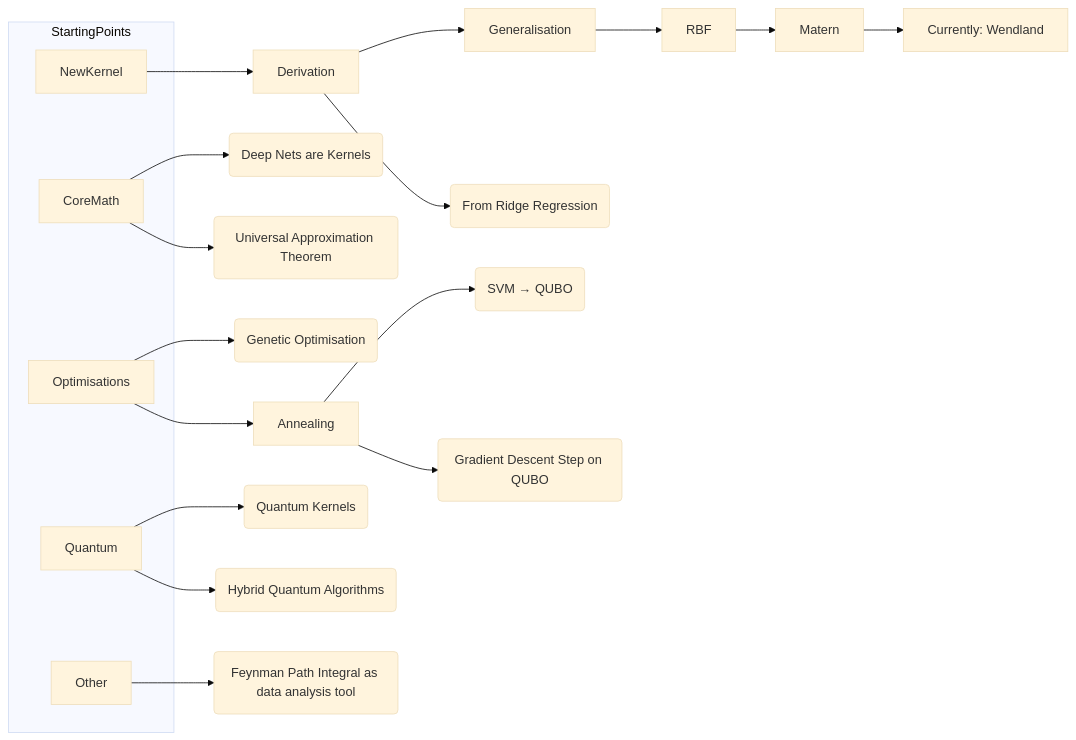
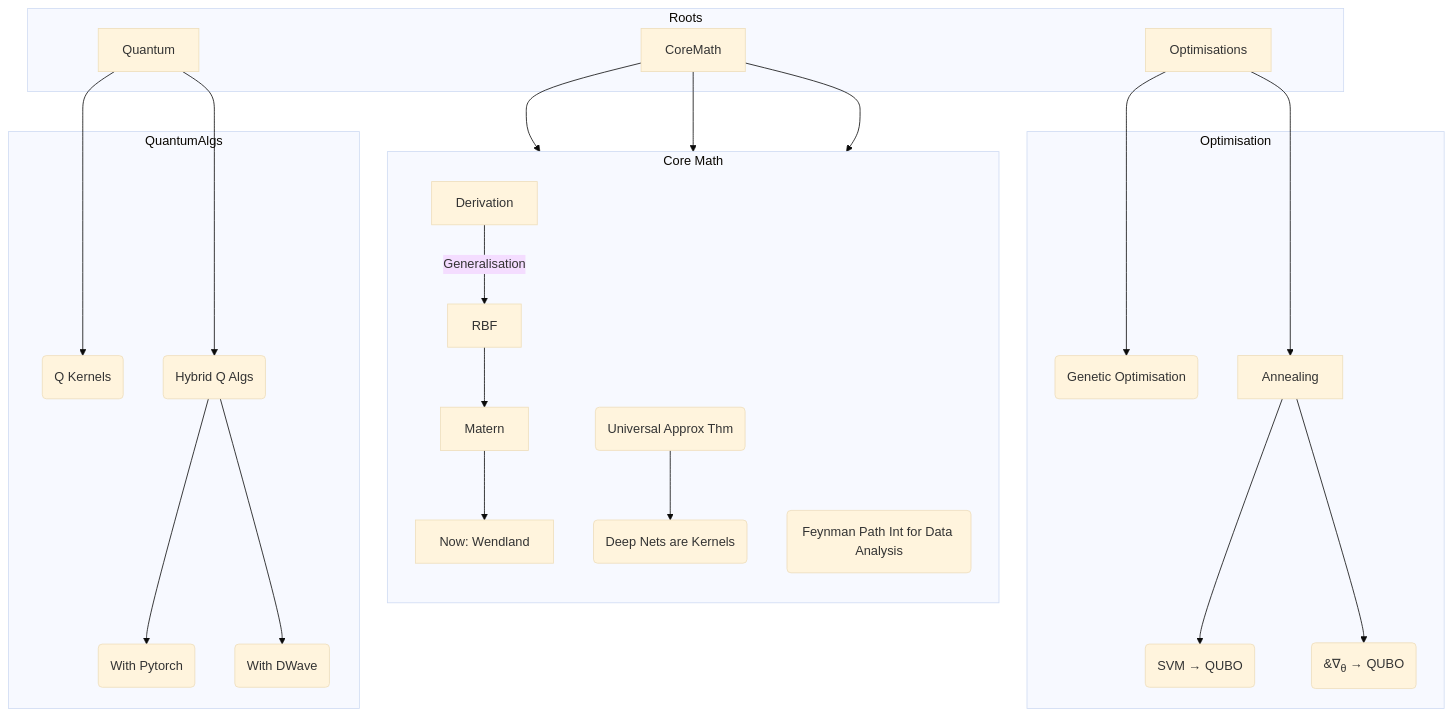
The diagram in src/routes/timeline/assets/timeline.mmd (plutoniumm/QKerns), drawn with Mermaid (base theme) before and after one commit. The commit also changed 3 other files, not shown here.

Commit message:
Upd Timeline + Speed is of essence

```diff
--- a/src/routes/timeline/assets/timeline.mmd
+++ b/src/routes/timeline/assets/timeline.mmd
@@ -1,23 +1,29 @@
-graph LR
-    Derivation --> Generalisation --> RBF --> Matern --> x["Currently: Wendland"]
-    NewKernel --> Derivation --> RidgeRegression("From Ridge Regression")
-
-    CoreMath --> DeepNets("Deep Nets are Kernels")
-    CoreMath --> UAT("Universal Approximation Theorem")
-
-    Optimisations --> GeneticOpti("Genetic Optimisation")
-    Optimisations --> Annealing --> SVM2QUBO("SVM &rarr; QUBO")
-        Annealing --> GradonQUBO("Gradient Descent Step on QUBO")
-
-    Quantum --> QKerns("Quantum Kernels")
-    Quantum --> Hybrid("Hybrid Quantum Algorithms")
-
-    Other --> FeynmanPath("Feynman Path Integral as data analysis tool")
-
-    subgraph "StartingPoints"
-        NewKernel
+graph TB
+  subgraph Roots
         CoreMath
         Optimisations
         Quantum
-        Other
     end
+
+    subgraph CMS["Core Math"]
+        direction TB
+        Derivation -- Generalisation --> RBF --> Matern --> x["Now: Wendland"]
+        CoreMath --> Derivation
+
+        CoreMath --> UAT("Universal Approx Thm") --> DeepNets("Deep Nets are Kernels")
+        CoreMath --> FeynmanPath("Feynman Path Int for Data Analysis")
+    end
+
+    subgraph Opti["Optimisation"]
+        Optimisations --> GeneticOpti("Genetic Optimisation")
+        Optimisations --> Annealing --> SVM2QUBO("SVM &rarr; QUBO")
+             Annealing --> GradonQUBO("&#8711;<sub>&theta;</sub> &rarr; QUBO")
+    end
+
+    subgraph QLG["QuantumAlgs"]
+        Quantum --> QKerns("Q Kernels")
+        Quantum --> Hybrid("Hybrid Q Algs")
+
+        Hybrid --> WPytorch("With Pytorch")
+        Hybrid --> WDWave("With DWave")
+    end
```
